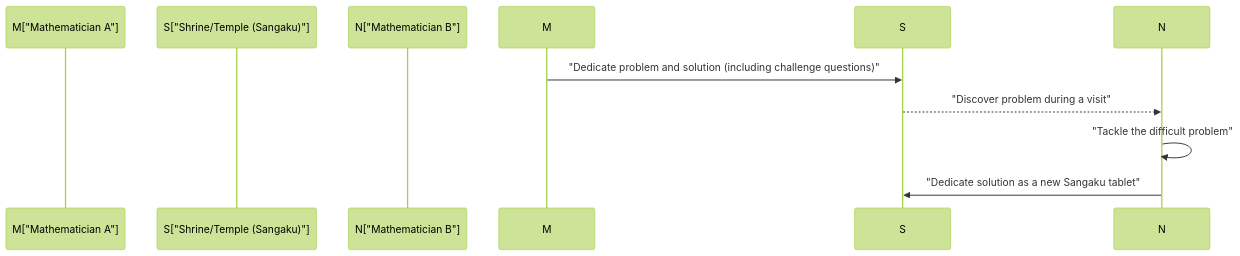
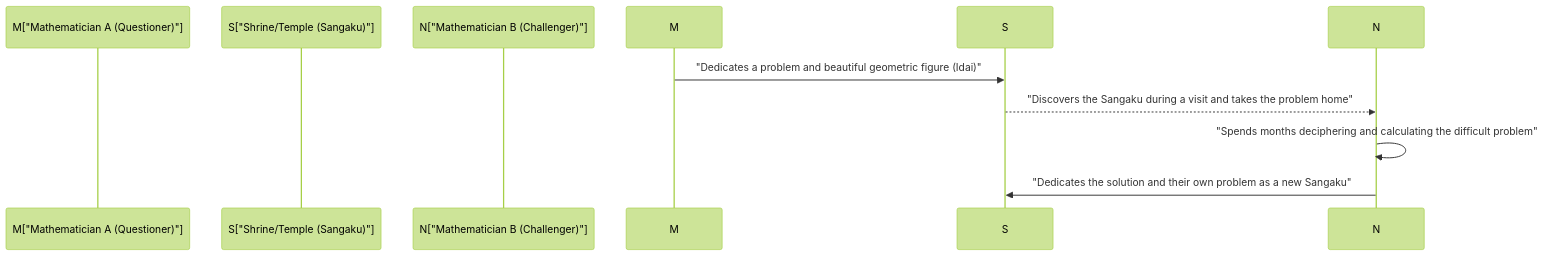
The second of 2 diagrams in content/post/history-of-wasan-japanese-mathematics/index.en.md (kenjinote/blog), drawn with Mermaid (forest theme) before and after one commit. The commit also changed other lines of this file and 129 other files, not shown here.

````diff
--- a/content/post/history-of-wasan-japanese-mathematics/index.en.md
+++ b/content/post/history-of-wasan-japanese-mathematics/index.en.md
@@ -68,11 +70,11 @@
 ```mermaid
 sequenceDiagram
-    participant M["Mathematician A"]
+    participant M["Mathematician A (Questioner)"]
     participant S["Shrine/Temple (Sangaku)"]
-    participant N["Mathematician B"]
+    participant N["Mathematician B (Challenger)"]
     
-    M->>S: "Dedicate problem and solution (including challenge questions)"
-    S-->>N: "Discover problem during a visit"
-    N->>N: "Tackle the difficult problem"
-    N->>S: "Dedicate solution as a new Sangaku tablet"
+    M->>S: "Dedicates a problem and beautiful geometric figure (Idai)"
+    S-->>N: "Discovers the Sangaku during a visit and takes the problem home"
+    N->>N: "Spends months deciphering and calculating the difficult problem"
+    N->>S: "Dedicates the solution and their own problem as a new Sangaku"
 ```
````
